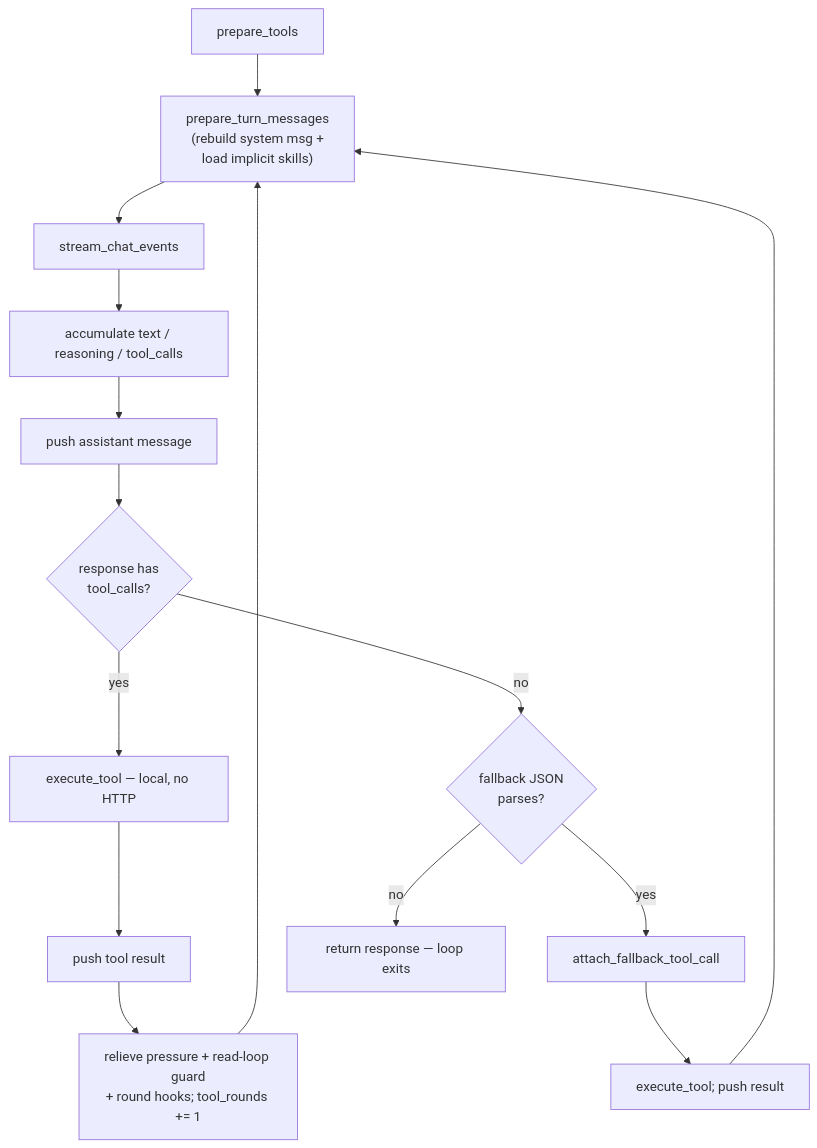
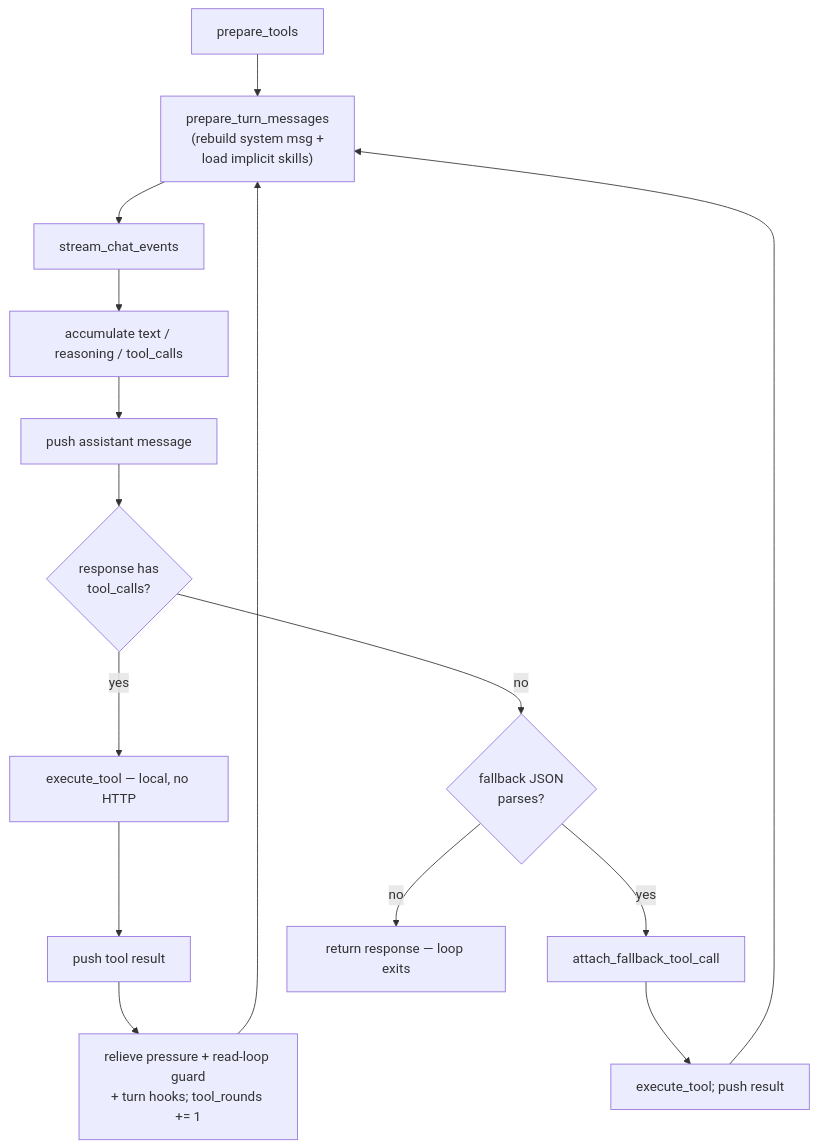
The diagram in docs/explanation/request-flow.md (ming2k/neenee), drawn with Mermaid before and after one commit. The commit also changed other lines of this file and 117 other files, not shown here.

````diff
--- a/docs/explanation/request-flow.md
+++ b/docs/explanation/request-flow.md
@@ -142,17 +142,17 @@
 ```mermaid
 flowchart TD
     A["prepare_tools"] --> C["prepare_turn_messages<br/>(rebuild system msg +<br/>load implicit skills)"]
     C --> D["stream_chat_events"]
     D --> E["accumulate text / reasoning / tool_calls"]
     E --> F["push assistant message"]
     F --> G{"response has<br/>tool_calls?"}
     G -- yes --> I["execute_tool — local, no HTTP"]
     I --> J["push tool result"]
-    J --> K["relieve pressure + read-loop guard<br/>+ round hooks; tool_rounds += 1"]
+    J --> K["relieve pressure + read-loop guard<br/>+ turn hooks; tool_rounds += 1"]
     K --> C
     G -- no --> L{"fallback JSON<br/>parses?"}
     L -- yes --> M["attach_fallback_tool_call"]
     M --> N["execute_tool; push result"]
     N --> C
     L -- no --> O["return response — loop exits"]
 ```
````
